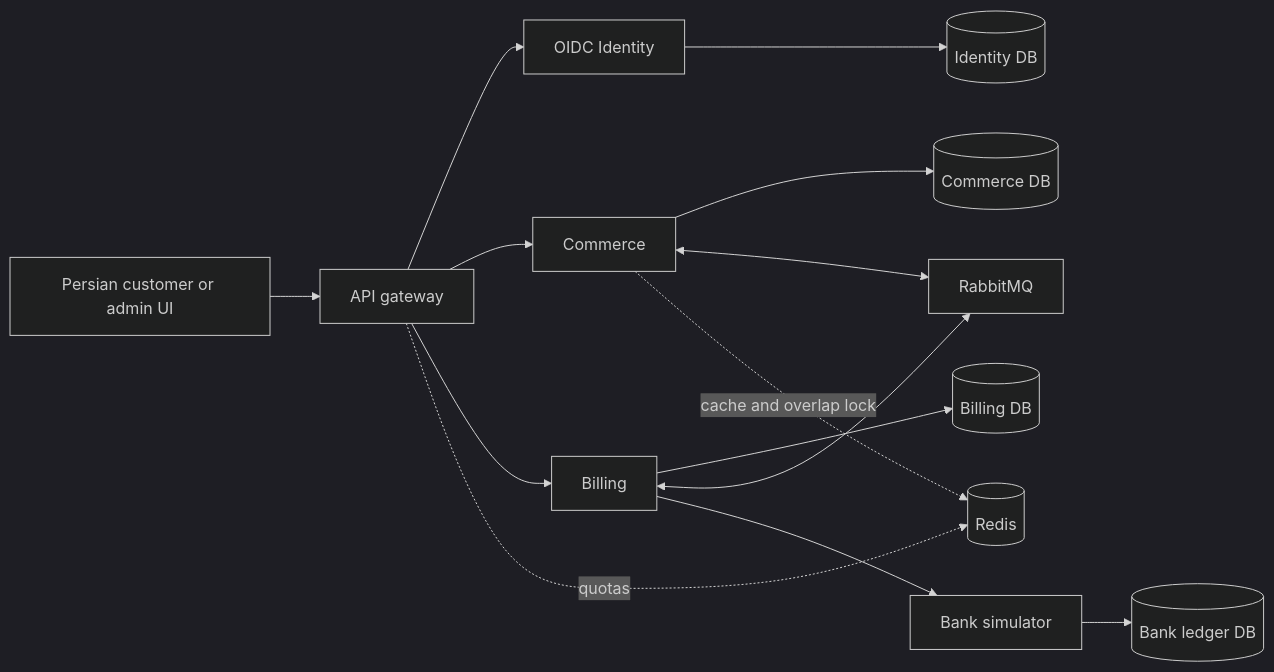
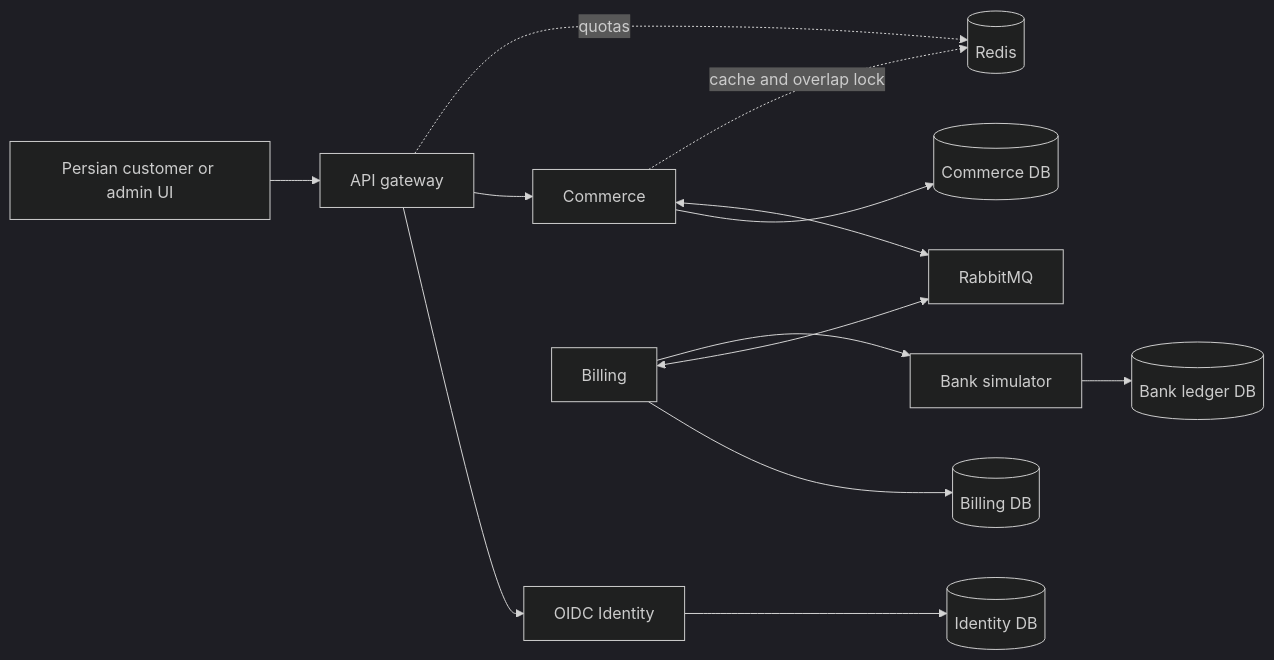
Before and after one commit to fardinj/Distributed-Order-Processing-System: the diagram in docs/SYSTEM_DESIGN.md, drawn with Mermaid (dark theme). The commit also changed other lines of this file and 9 other files, not shown here.

````diff
--- a/docs/SYSTEM_DESIGN.md
+++ b/docs/SYSTEM_DESIGN.md
@@ -9,16 +9,16 @@
 ```mermaid
 flowchart LR
     U[Persian customer or admin UI] --> G[API gateway]
     G --> I[OIDC Identity]
     G --> C[Commerce]
-    G --> B[Billing]
+    B[Billing]
     C --> CD[(Commerce DB)]
     B --> BD[(Billing DB)]
     I --> ID[(Identity DB)]
     C <--> Q[RabbitMQ]
     B <--> Q
     B --> S[Bank simulator]
     S --> SD[(Bank ledger DB)]
     G -. quotas .-> R[(Redis)]
     C -. cache and overlap lock .-> R
 ```
````
